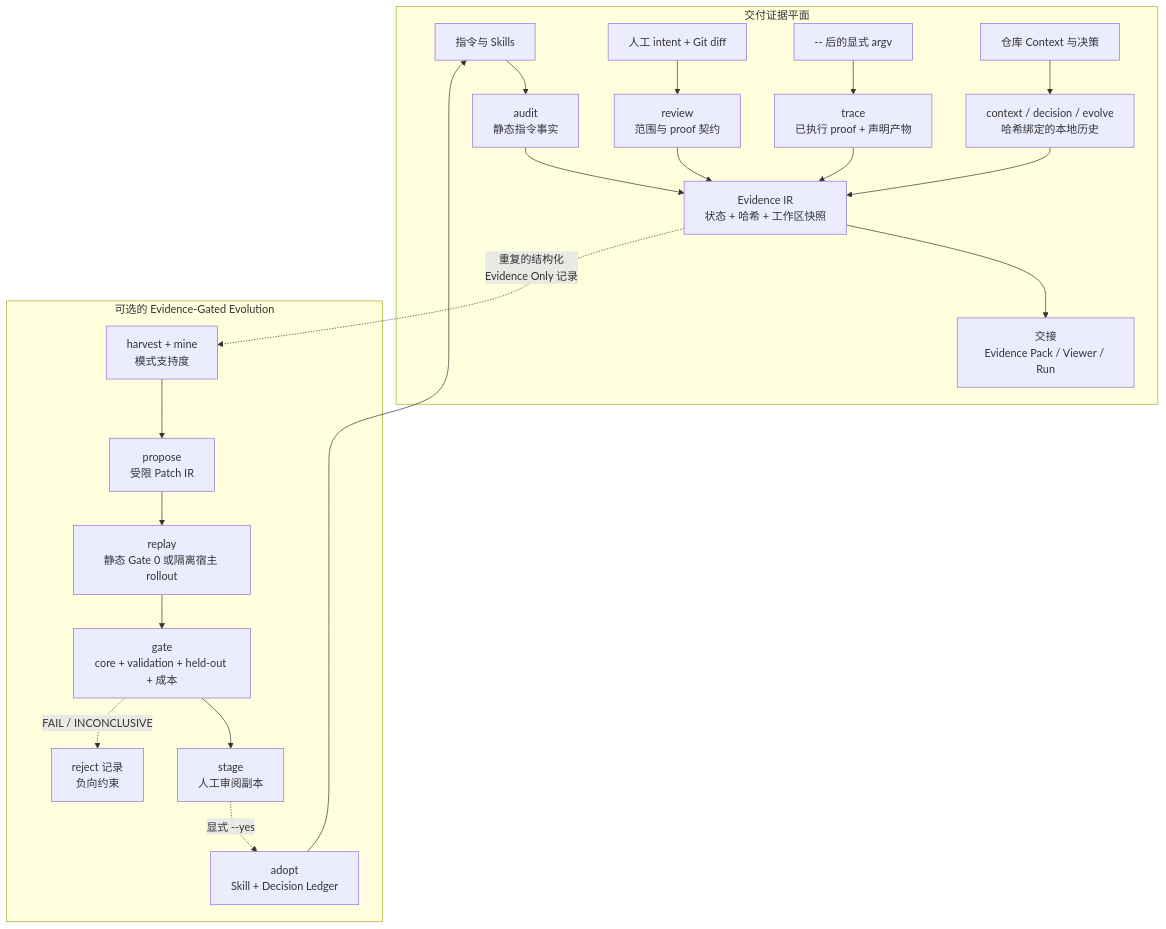
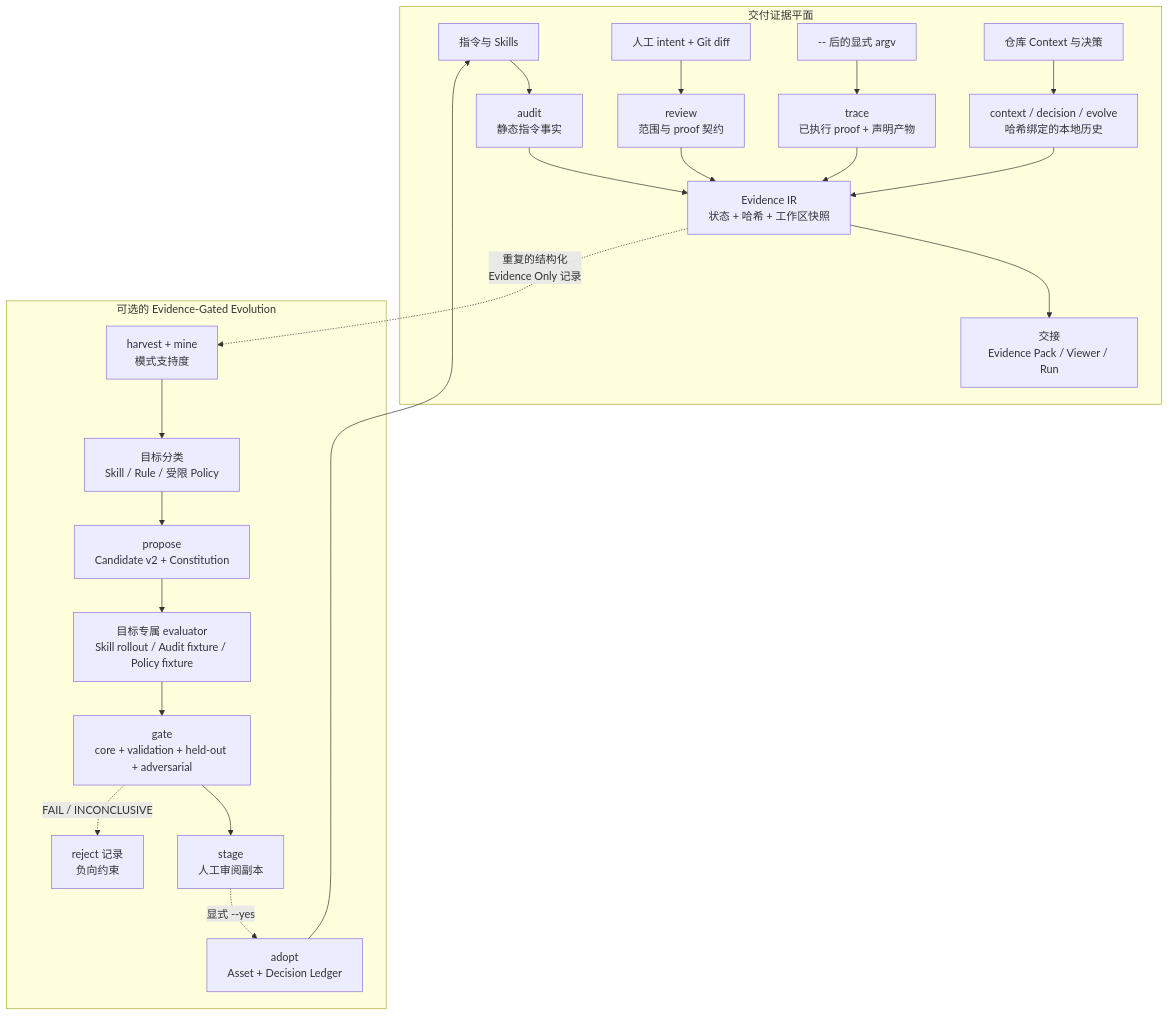
One commit to AdvancingTitans/agent-engineering-toolkit changed the diagram in docs/README.zh-CN.md. Above: the diagram before and after it, drawn with Mermaid. The commit also changed other lines of this file and 71 other files, not shown here.

````diff
--- a/docs/README.zh-CN.md
+++ b/docs/README.zh-CN.md
@@ -105,26 +105,27 @@
 ```mermaid
 flowchart TB
   subgraph delivery["交付证据平面"]
     A["指令与 Skills"] --> B["audit\n静态指令事实"]
     C["人工 intent + Git diff"] --> D["review\n范围与 proof 契约"]
     E["-- 后的显式 argv"] --> F["trace\n已执行 proof + 声明产物"]
     G["仓库 Context 与决策"] --> H["context / decision / evolve\n哈希绑定的本地历史"]
     B --> I["Evidence IR\n状态 + 哈希 + 工作区快照"]
     D --> I
     F --> I
     H --> I
     I --> J["交接\nEvidence Pack / Viewer / Run"]
   end
 
   subgraph learning["可选的 Evidence-Gated Evolution"]
     I -. "重复的结构化\nEvidence Only 记录" .-> K["harvest + mine\n模式支持度"]
-    K --> L["propose\n受限 Patch IR"]
-    L --> M["replay\n静态 Gate 0 或隔离宿主 rollout"]
-    M --> N["gate\ncore + validation + held-out + 成本"]
+    K --> L["目标分类\nSkill / Rule / 受限 Policy"]
+    L --> M["propose\nCandidate v2 + Constitution"]
+    M --> R["目标专属 evaluator\nSkill rollout / Audit fixture / Policy fixture"]
+    R --> N["gate\ncore + validation + held-out + adversarial"]
     N --> O["stage\n人工审阅副本"]
-    O -. "显式 --yes" .-> P["adopt\nSkill + Decision Ledger"]
+    O -. "显式 --yes" .-> P["adopt\nAsset + Decision Ledger"]
     N -. "FAIL / INCONCLUSIVE" .-> Q["reject 记录\n负向约束"]
   end
 
   P --> A
 ```
````
